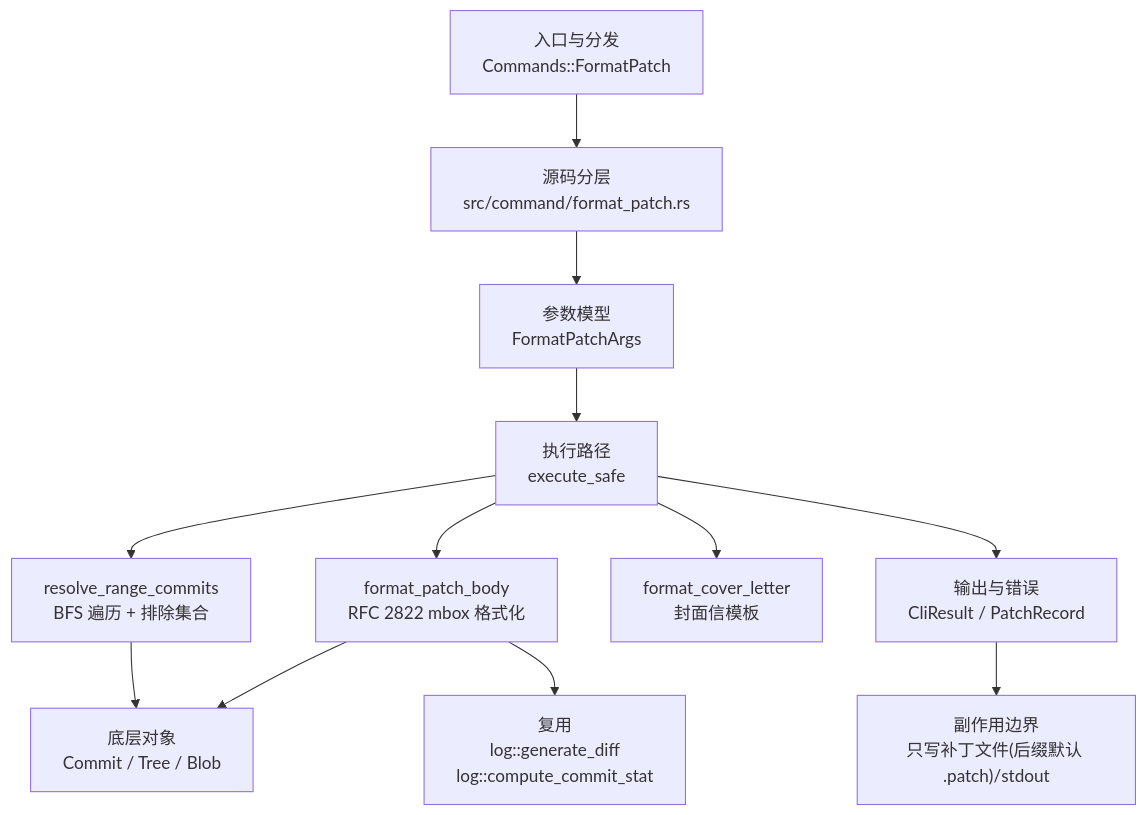
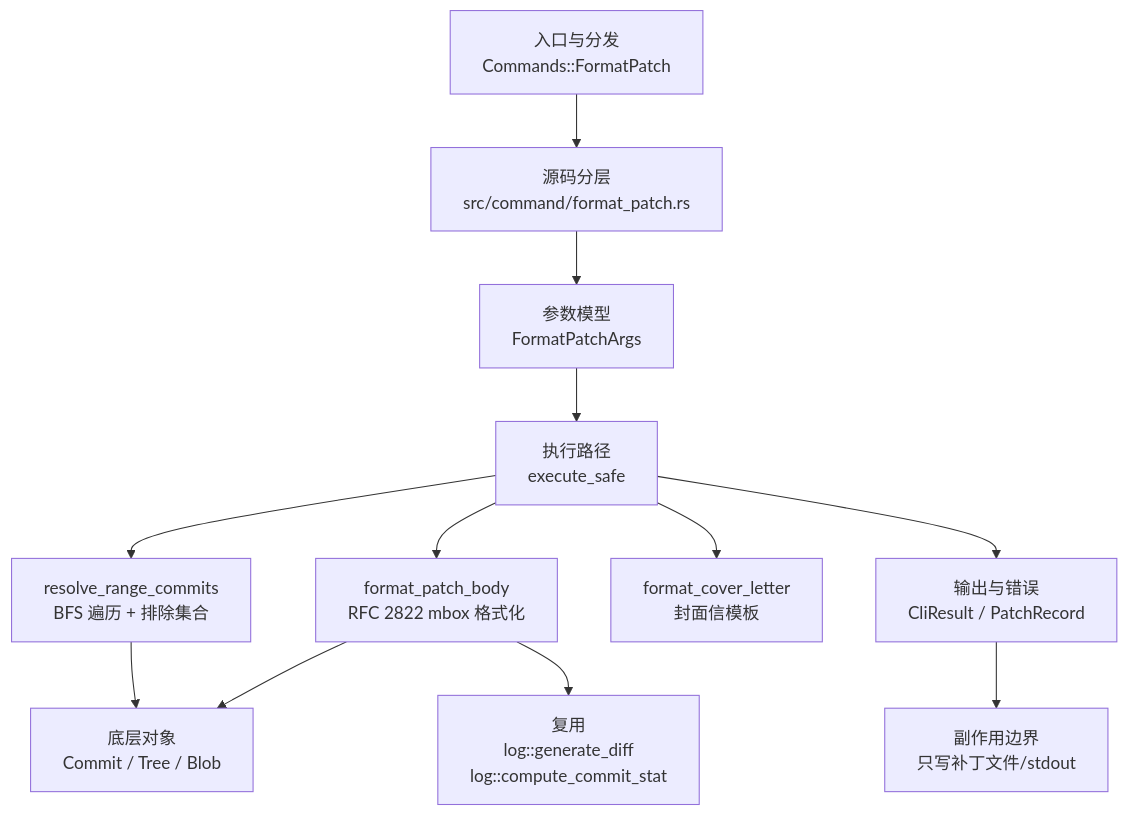
The diagram in docs/development/commands/format-patch.md (web3infra-foundation/libra), drawn with Mermaid before and after one commit. The commit also changed other lines of this file and 11 other files, not shown here.

````diff
--- a/docs/development/commands/format-patch.md
+++ b/docs/development/commands/format-patch.md
@@ -19,14 +19,14 @@
 ```mermaid
 flowchart TD
     A["入口与分发<br/>Commands::FormatPatch"] --> B["源码分层<br/>src/command/format_patch.rs"]
     B --> C["参数模型<br/>FormatPatchArgs"]
     C --> D["执行路径<br/>execute_safe"]
     D --> E1["resolve_range_commits<br/>BFS 遍历 + 排除集合"]
     D --> E2["format_patch_body<br/>RFC 2822 mbox 格式化"]
     D --> E3["format_cover_letter<br/>封面信模板"]
     E1 --> F["底层对象<br/>Commit / Tree / Blob"]
     E2 --> F
     E2 --> G["复用<br/>log::generate_diff<br/>log::compute_commit_stat"]
     D --> H["输出与错误<br/>CliResult / PatchRecord"]
-    H --> I["副作用边界<br/>只写补丁文件(后缀默认 .patch)/stdout"]
+    H --> I["副作用边界<br/>只写补丁文件/stdout"]
 ```
````
